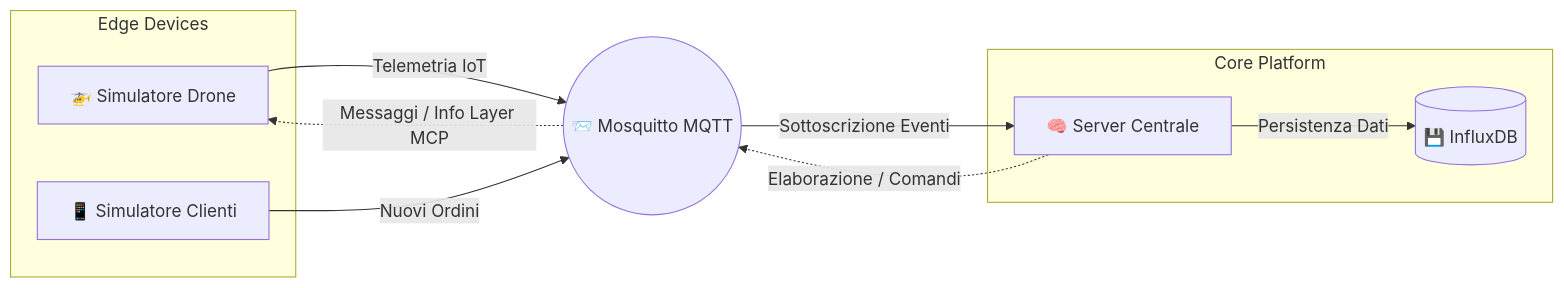
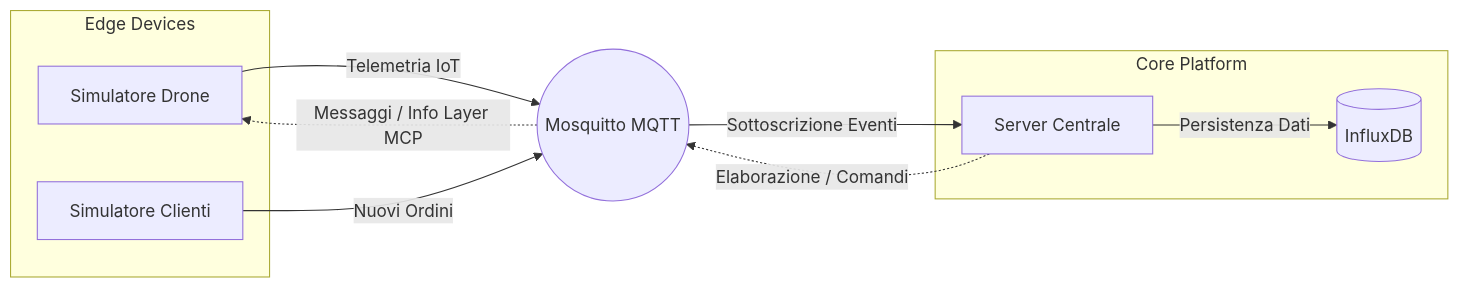
Before and after one commit to GregorioCavulla/Progetto_ScalableAndReliableSystems_2026: the first of 2 diagrams in Broker_Streamer_Server/docs/README.md, drawn with Mermaid. The commit also changed other lines of this file and 25 other files, not shown here.

````diff
--- a/Broker_Streamer_Server/docs/README.md
+++ b/Broker_Streamer_Server/docs/README.md
@@ -13,23 +13,23 @@
 ```mermaid
 graph LR
     subgraph Edge Devices
-        D[🚁 Simulatore Drone] 
-        C[📱 Simulatore Clienti]
+        D[ Simulatore Drone] 
+        C[ Simulatore Clienti]
     end
     
-    MB((📨 Mosquitto MQTT))
+    MB(( Mosquitto MQTT))
     
     subgraph Core Platform
-        SC[🧠 Server Centrale]
-        DB[(💾 InfluxDB)]
+        SC[ Server Centrale]
+        DB[( InfluxDB)]
     end
     
     D -- Telemetria IoT --> MB
     C -- Nuovi Ordini --> MB
     MB -- Sottoscrizione Eventi --> SC
     SC -- Persistenza Dati --> DB
     
     %% Feedback Loop verso i droni
     SC -. Elaborazione / Comandi .-> MB
     MB -. Messaggi / Info Layer MCP .-> D
 ```
````
